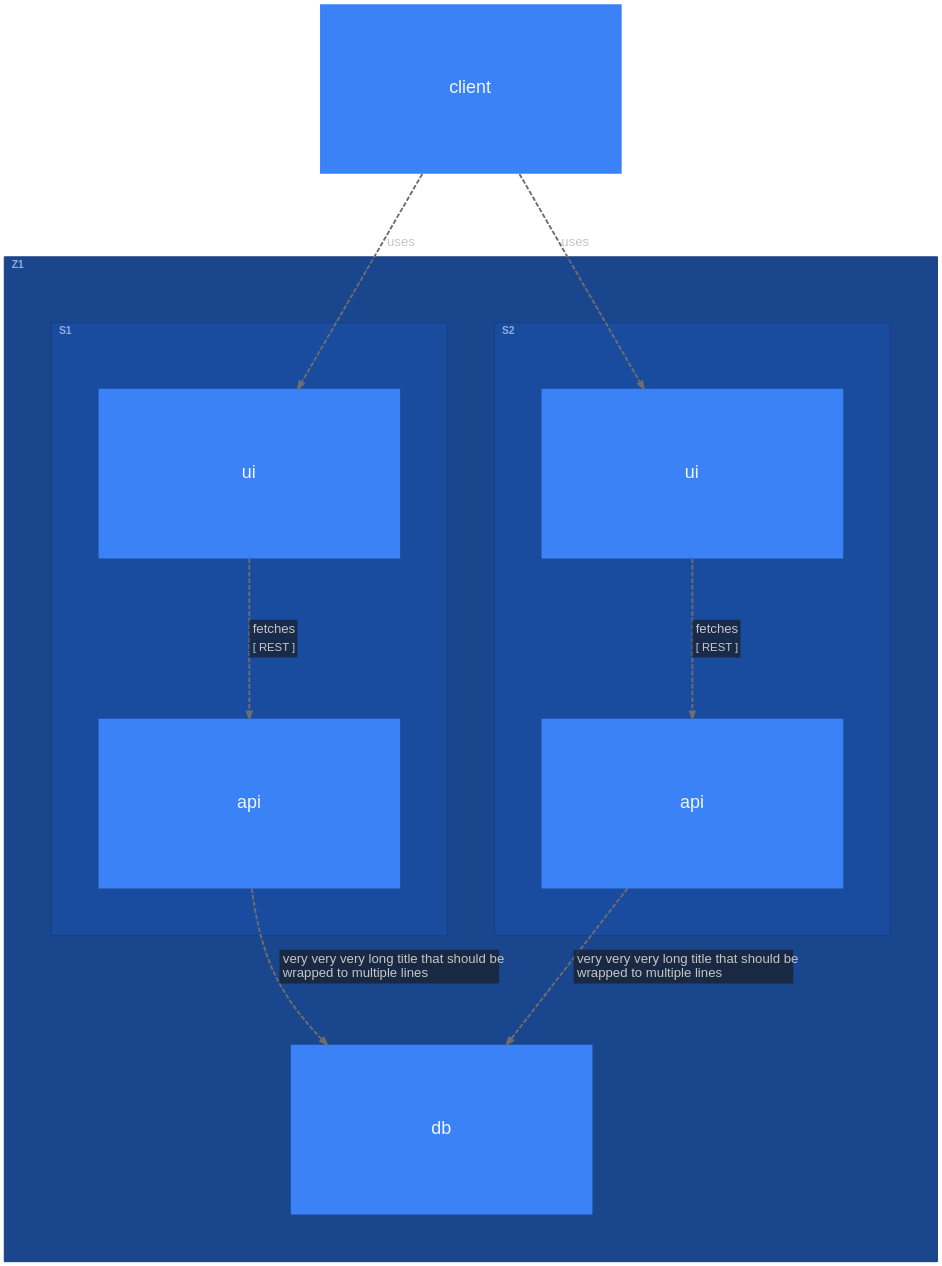
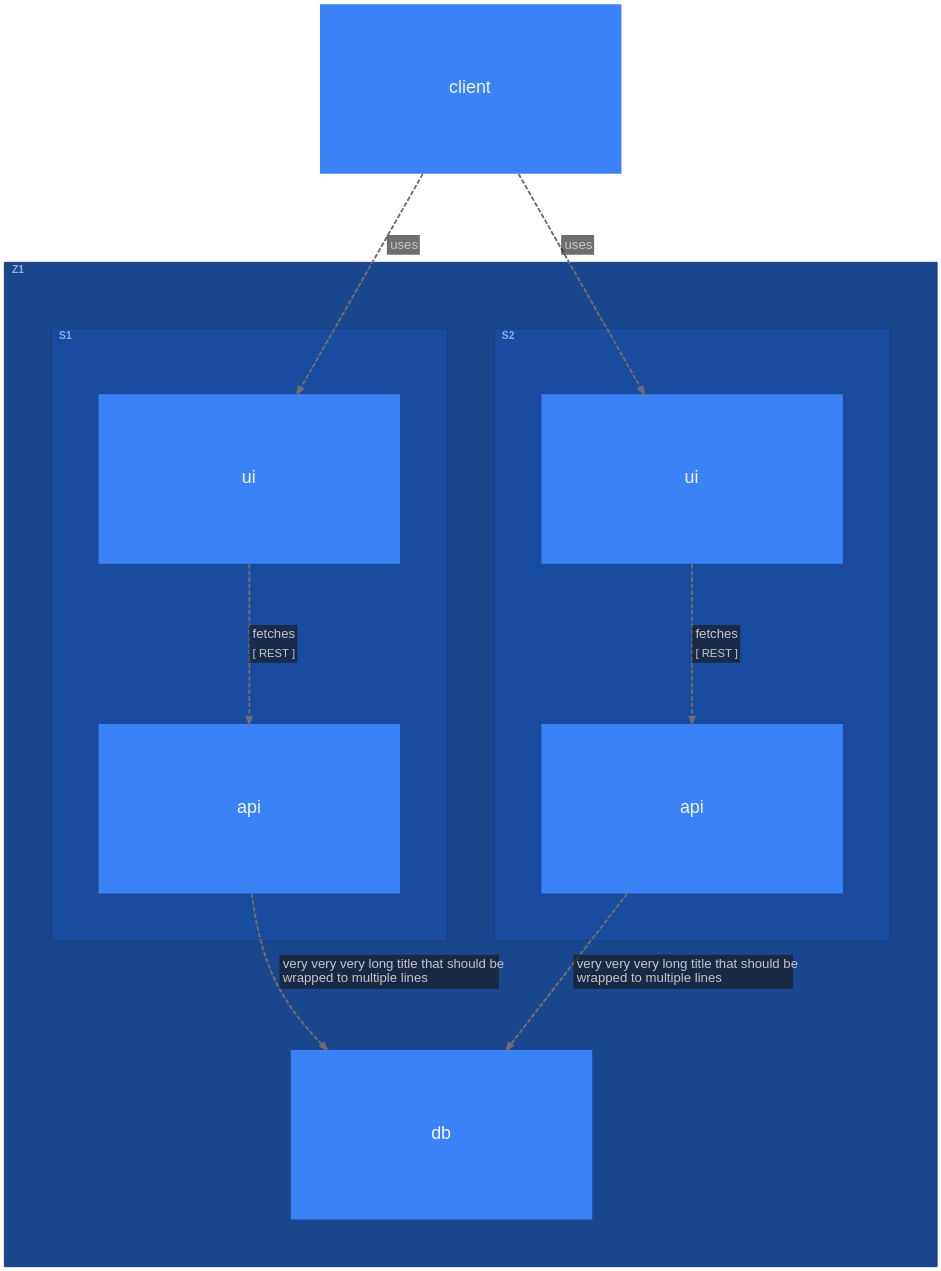
Before and after one commit to likec4/likec4: the diagram in packages/layouts/src/graphviz/__snapshots__/DeploymentViewPrinter-index.dot, drawn with Graphviz. The commit also changed 6 other files, not shown here.

Commit message:
revert table around edge label

```diff
--- a/packages/layouts/src/graphviz/__snapshots__/DeploymentViewPrinter-index.dot
+++ b/packages/layouts/src/graphviz/__snapshots__/DeploymentViewPrinter-index.dot
@@ -1,167 +1,167 @@
 digraph {
   bgcolor = "transparent";
   layout = "dot";
   compound = true;
   rankdir = "TB";
   splines = "spline";
   outputorder = "nodesfirst";
   nodesep = 1.806;
   ranksep = 1.806;
   pad = 0.209;
   fontname = "Arial";
   newrank = true;
   clusterrank = "global";
   graph [
     fontsize = 15;
     labeljust = "l";
     labelloc = "t";
     margin = 50.1;
   ];
   edge [
     arrowsize = 0.75;
     fontname = "Arial";
     fontsize = 14;
     penwidth = 2;
     color = "#6E6E6E";
     fontcolor = "#C6C6C6";
   ];
   node [
     fontname = "Arial";
     shape = "rect";
     width = 4.445;
     height = 2.5;
     style = "filled";
     penwidth = 0;
   ];
   "client" [
     likec4_id = "client";
     likec4_level = 0;
     fillcolor = "#3b82f6";
     fontcolor = "#eff6ff";
     color = "#2563eb";
     margin = "0.362,0.362";
     label = <<FONT POINT-SIZE="19">client</FONT>>;
   ];
   "ui" [
     likec4_id = "z1.s1.ui";
     likec4_level = 2;
     fillcolor = "#3b82f6";
     fontcolor = "#eff6ff";
     color = "#2563eb";
     margin = "0.362,0.362";
     label = <<FONT POINT-SIZE="19">ui</FONT>>;
   ];
   "s2_ui" [
     likec4_id = "z1.s2.ui";
     likec4_level = 2;
     fillcolor = "#3b82f6";
     fontcolor = "#eff6ff";
     color = "#2563eb";
     margin = "0.362,0.362";
     label = <<FONT POINT-SIZE="19">ui</FONT>>;
   ];
   "api" [
     likec4_id = "z1.s1.api";
     likec4_level = 2;
     fillcolor = "#3b82f6";
     fontcolor = "#eff6ff";
     color = "#2563eb";
     margin = "0.362,0.362";
     label = <<FONT POINT-SIZE="19">api</FONT>>;
   ];
   "s2_api" [
     likec4_id = "z1.s2.api";
     likec4_level = 2;
     fillcolor = "#3b82f6";
     fontcolor = "#eff6ff";
     color = "#2563eb";
     margin = "0.362,0.362";
     label = <<FONT POINT-SIZE="19">api</FONT>>;
   ];
   "db" [
     likec4_id = "z1.db";
     likec4_level = 1;
     fillcolor = "#3b82f6";
     fontcolor = "#eff6ff";
     color = "#2563eb";
     margin = "0.362,0.362";
     label = <<FONT POINT-SIZE="19">db</FONT>>;
   ];
   subgraph "cluster_z1" {
     likec4_id = "z1";
     likec4_level = 0;
     likec4_depth = 2;
     fillcolor = "#1a468d";
     color = "#1c3979";
     style = "filled";
     margin = 50;
     label = <<FONT POINT-SIZE="11" COLOR="#bfdbfeb3"><B>Z1</B></FONT>>;
     "db";
     subgraph "cluster_s1" {
       likec4_id = "z1.s1";
       likec4_level = 1;
       likec4_depth = 1;
       fillcolor = "#194b9e";
       color = "#1b3d88";
       style = "filled";
       margin = 50;
       label = <<FONT POINT-SIZE="11" COLOR="#bfdbfeb3"><B>S1</B></FONT>>;
       "ui";
       "api";
     }
     subgraph "cluster_s2" {
       likec4_id = "z1.s2";
       likec4_level = 1;
       likec4_depth = 1;
       fillcolor = "#194b9e";
       color = "#1b3d88";
       style = "filled";
       margin = 50;
       label = <<FONT POINT-SIZE="11" COLOR="#bfdbfeb3"><B>S2</B></FONT>>;
       "s2_ui";
       "s2_api";
     }
   }
   subgraph {
     rank = "same";
     "ui";
     "s2_ui";
   }
   subgraph {
     rank = "same";
     "api";
     "s2_api";
   }
   "client" -> "ui" [
     likec4_id = "7dqxgw";
     style = "dashed";
-    label = <<FONT POINT-SIZE="14">uses</FONT>>;
+    label = <<TABLE BORDER="0" CELLPADDING="3" CELLSPACING="0" BGCOLOR="#18191bA0"><TR><TD ALIGN="TEXT" BALIGN="LEFT"><FONT POINT-SIZE="14">uses</FONT></TD></TR></TABLE>>;
   ];
   "client" -> "s2_ui" [
     likec4_id = "7drqs3";
     style = "dashed";
-    label = <<FONT POINT-SIZE="14">uses</FONT>>;
+    label = <<TABLE BORDER="0" CELLPADDING="3" CELLSPACING="0" BGCOLOR="#18191bA0"><TR><TD ALIGN="TEXT" BALIGN="LEFT"><FONT POINT-SIZE="14">uses</FONT></TD></TR></TABLE>>;
   ];
   "ui" -> "api" [
     likec4_id = "1tp0394";
     style = "dashed";
     weight = 2;
     label = <<TABLE BORDER="0" CELLPADDING="3" CELLSPACING="0" BGCOLOR="#18191bA0"><TR><TD ALIGN="TEXT" BALIGN="LEFT"><FONT POINT-SIZE="14">fetches</FONT></TD></TR><TR><TD ALIGN="TEXT" BALIGN="LEFT"><FONT POINT-SIZE="12">[ REST ]</FONT></TD></TR></TABLE>>;
   ];
   "s2_ui" -> "s2_api" [
     likec4_id = "ugfmg";
     style = "dashed";
     weight = 2;
     label = <<TABLE BORDER="0" CELLPADDING="3" CELLSPACING="0" BGCOLOR="#18191bA0"><TR><TD ALIGN="TEXT" BALIGN="LEFT"><FONT POINT-SIZE="14">fetches</FONT></TD></TR><TR><TD ALIGN="TEXT" BALIGN="LEFT"><FONT POINT-SIZE="12">[ REST ]</FONT></TD></TR></TABLE>>;
   ];
   "api" -> "db" [
     likec4_id = "1ll2ewe";
     style = "dashed";
     label = <<TABLE BORDER="0" CELLPADDING="3" CELLSPACING="0" BGCOLOR="#18191bA0"><TR><TD ALIGN="TEXT" BALIGN="LEFT"><FONT POINT-SIZE="14">very very very long title that should be<BR/>wrapped to multiple lines</FONT></TD></TR></TABLE>>;
   ];
   "s2_api" -> "db" [
     likec4_id = "yziy5";
     style = "dashed";
     label = <<TABLE BORDER="0" CELLPADDING="3" CELLSPACING="0" BGCOLOR="#18191bA0"><TR><TD ALIGN="TEXT" BALIGN="LEFT"><FONT POINT-SIZE="14">very very very long title that should be<BR/>wrapped to multiple lines</FONT></TD></TR></TABLE>>;
   ];
 }
```
